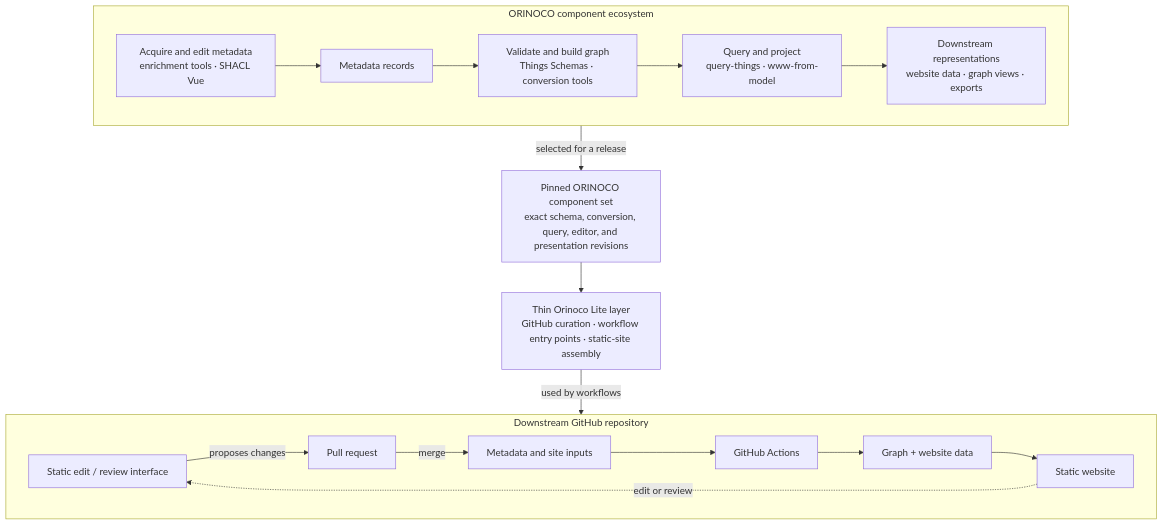
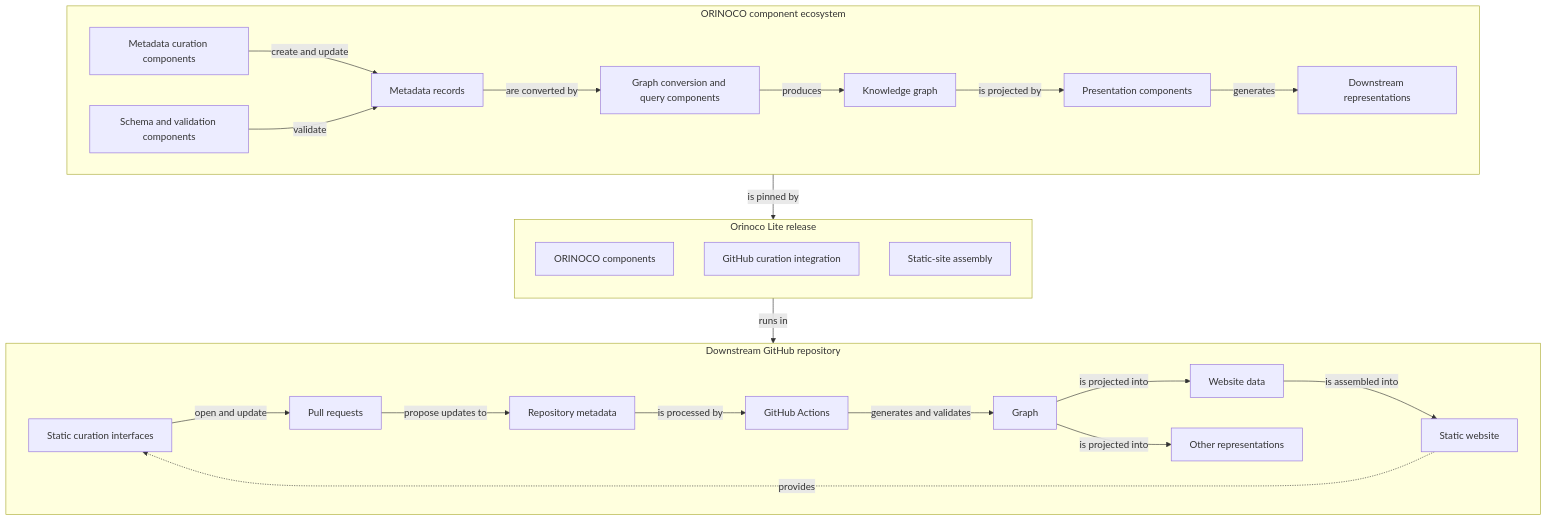
The first of 2 diagrams in docs/project-design.md (ORINOCO-Lite/orinoco-lite-dev), drawn with Mermaid before and after one commit. The commit also changed other lines of this file, not shown here.

Commit message:
update system diagram

````diff
--- a/docs/project-design.md
+++ b/docs/project-design.md
@@ -63,37 +65,52 @@
 ```mermaid
 flowchart TB
   subgraph orinoco["ORINOCO component ecosystem"]
     direction LR
-    input["Acquire and edit metadata<br/>enrichment tools · SHACL Vue"]
+    curation["Metadata curation components"]
+    schema["Schema and validation components"]
+    conversion["Graph conversion and query components"]
+    presentation["Presentation components"]
     records["Metadata records"]
-    semantic_graph["Validate and build graph<br/>Things Schemas · conversion tools"]
-    project["Query and project<br/>query-things · www-from-model"]
-    outputs["Downstream representations<br/>website data · graph views · exports"]
+    knowledge_graph["Knowledge graph"]
+    representations["Downstream representations"]
 
-    input --> records --> semantic_graph --> project --> outputs
+    curation -->|"create and update"| records
+    schema -->|"validate"| records
+    records -->|"are converted by"| conversion
+    conversion -->|"produces"| knowledge_graph
+    knowledge_graph -->|"is projected by"| presentation
+    presentation -->|"generates"| representations
   end
 
-  selected["Pinned ORINOCO component set<br/>exact schema, conversion, query, editor, and presentation revisions"]
-  adapter["Thin Orinoco Lite layer<br/>GitHub curation · workflow entry points · static-site assembly"]
+  subgraph release["Orinoco Lite release"]
+    direction TB
+    components["ORINOCO components"]
+    curation_integration["GitHub curation integration"]
+    site_assembly["Static-site assembly"]
+  end
 
-  orinoco -->|"selected for a release"| selected
-  selected --> adapter
+  orinoco -->|"is pinned by"| release
 
   subgraph downstream["Downstream GitHub repository"]
     direction LR
-    edit["Static edit / review interface"]
-    pull_request["Pull request"]
-    metadata["Metadata and site inputs"]
+    interfaces["Static curation interfaces"]
+    pull_request["Pull requests"]
+    metadata["Repository metadata"]
     actions["GitHub Actions"]
-    builds["Graph + website data"]
+    built_graph["Graph"]
+    website_data["Website data"]
+    other_outputs["Other representations"]
     site["Static website"]
 
-    edit -->|"proposes changes"| pull_request
-    pull_request -->|"merge"| metadata
-    metadata --> actions
-    actions --> builds --> site
-    site -.->|"edit or review"| edit
+    interfaces -->|"open and update"| pull_request
+    pull_request -->|"propose updates to"| metadata
+    metadata -->|"is processed by"| actions
+    actions -->|"generates and validates"| built_graph
+    built_graph -->|"is projected into"| website_data
+    built_graph -->|"is projected into"| other_outputs
+    website_data -->|"is assembled into"| site
+    site -.->|"provides"| interfaces
   end
 
-  adapter -->|"used by workflows"| actions
+  release -->|"runs in"| actions
 ```
````
